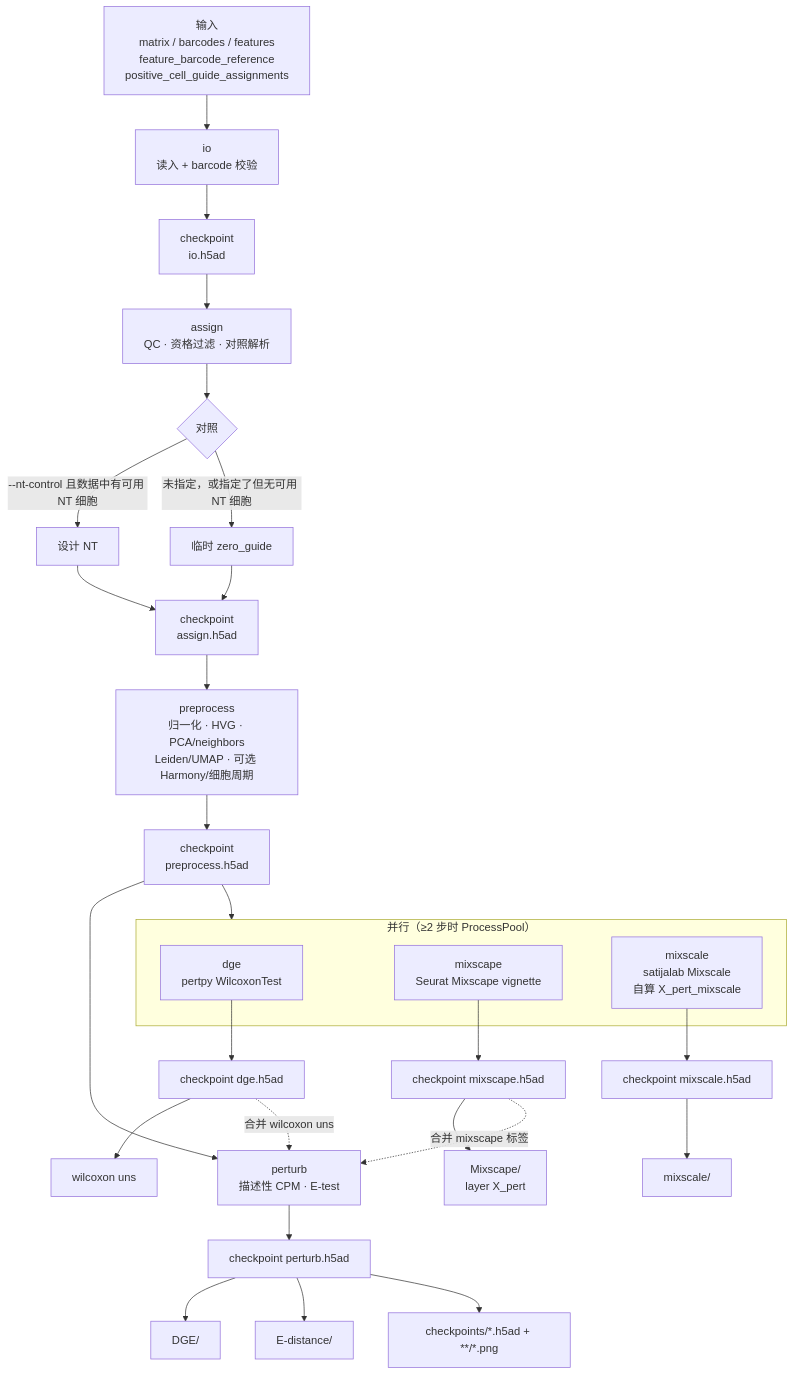
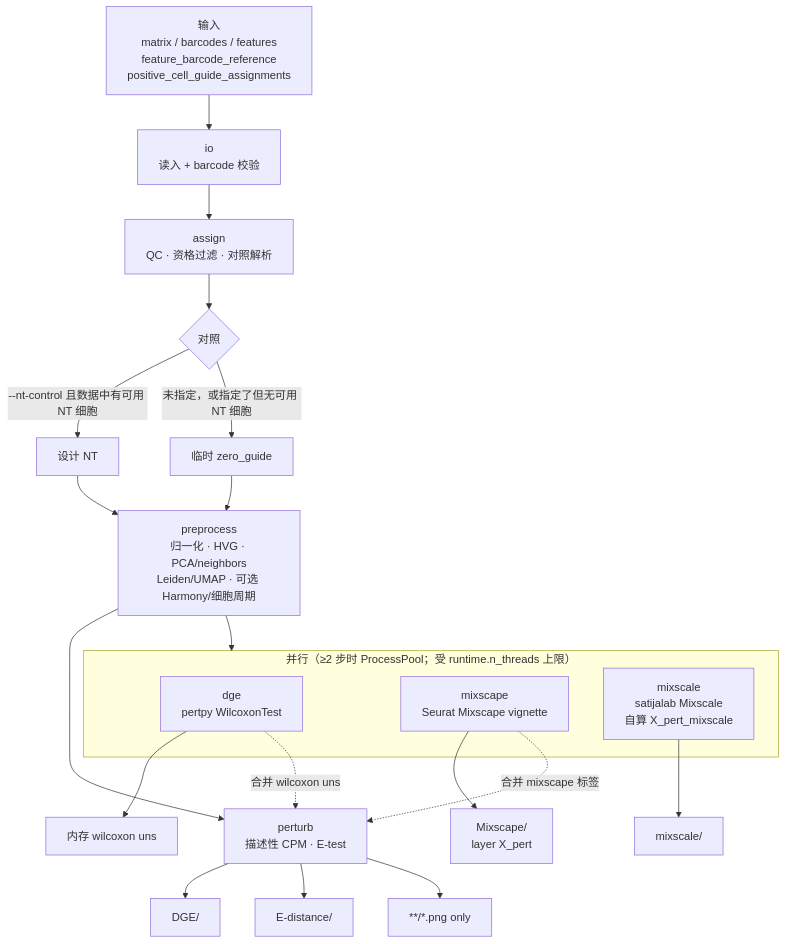
One commit to bio-apple/Perturb-seq changed the diagram in docs/analysis.md. Above: the diagram before and after it, drawn with Mermaid. The commit also changed other lines of this file and 10 other files, not shown here.

````diff
--- a/docs/analysis.md
+++ b/docs/analysis.md
@@ -37,38 +39,31 @@
 ```mermaid
 flowchart TD
   IN["输入<br/>matrix / barcodes / features<br/>feature_barcode_reference<br/>positive_cell_guide_assignments"] --> IO
 
-  IO["io<br/>读入 + barcode 校验"] --> CP_IO["checkpoint<br/>io.h5ad"]
-  CP_IO --> ASG
+  IO["io<br/>读入 + barcode 校验"] --> ASG
 
   ASG["assign<br/>QC · 资格过滤 · 对照解析"] --> CTRL{"对照"}
   CTRL -->|"--nt-control 且数据中有可用 NT 细胞"| NT["设计 NT"]
   CTRL -->|"未指定，或指定了但无可用 NT 细胞"| ZG["临时 zero_guide"]
-  NT --> CP_ASG
-  ZG --> CP_ASG["checkpoint<br/>assign.h5ad"]
-  CP_ASG --> PRE
+  NT --> PRE
+  ZG --> PRE
 
-  PRE["preprocess<br/>归一化 · HVG · PCA/neighbors<br/>Leiden/UMAP · 可选 Harmony/细胞周期"] --> CP_PRE["checkpoint<br/>preprocess.h5ad"]
-  CP_PRE --> PAR
+  PRE["preprocess<br/>归一化 · HVG · PCA/neighbors<br/>Leiden/UMAP · 可选 Harmony/细胞周期"] --> PAR
 
-  subgraph PAR["并行（≥2 步时 ProcessPool）"]
+  subgraph PAR["并行（≥2 步时 ProcessPool；受 runtime.n_threads 上限）"]
     DGE["dge<br/>pertpy WilcoxonTest"]
     MX["mixscape<br/>Seurat Mixscape vignette"]
     MS["mixscale<br/>satijalab Mixscale<br/>自算 X_pert_mixscale"]
   end
 
-  DGE --> CP_DGE["checkpoint dge.h5ad"]
-  CP_DGE --> OUT_W["wilcoxon uns"]
-  MX --> CP_MX["checkpoint mixscape.h5ad"]
-  CP_MX --> OUT_MX["Mixscape/<br/>layer X_pert"]
-  MS --> CP_MS["checkpoint mixscale.h5ad"]
-  CP_MS --> OUT_MS["mixscale/"]
+  DGE --> OUT_W["内存 wilcoxon uns"]
+  MX --> OUT_MX["Mixscape/<br/>layer X_pert"]
+  MS --> OUT_MS["mixscale/"]
 
-  CP_PRE --> PT
-  CP_MX -.->|"合并 mixscape 标签"| PT
-  CP_DGE -.->|"合并 wilcoxon uns"| PT
-  PT["perturb<br/>描述性 CPM · E-test"] --> CP_PT["checkpoint perturb.h5ad"]
-  CP_PT --> OUT_DGE["DGE/"]
-  CP_PT --> OUT_ED["E-distance/"]
-  CP_PT --> OUT["checkpoints/*.h5ad + **/*.png"]
+  PRE --> PT
+  MX -.->|"合并 mixscape 标签"| PT
+  DGE -.->|"合并 wilcoxon uns"| PT
+  PT["perturb<br/>描述性 CPM · E-test"] --> OUT_DGE["DGE/"]
+  PT --> OUT_ED["E-distance/"]
+  PT --> OUT["**/*.png only"]
 ```
````
